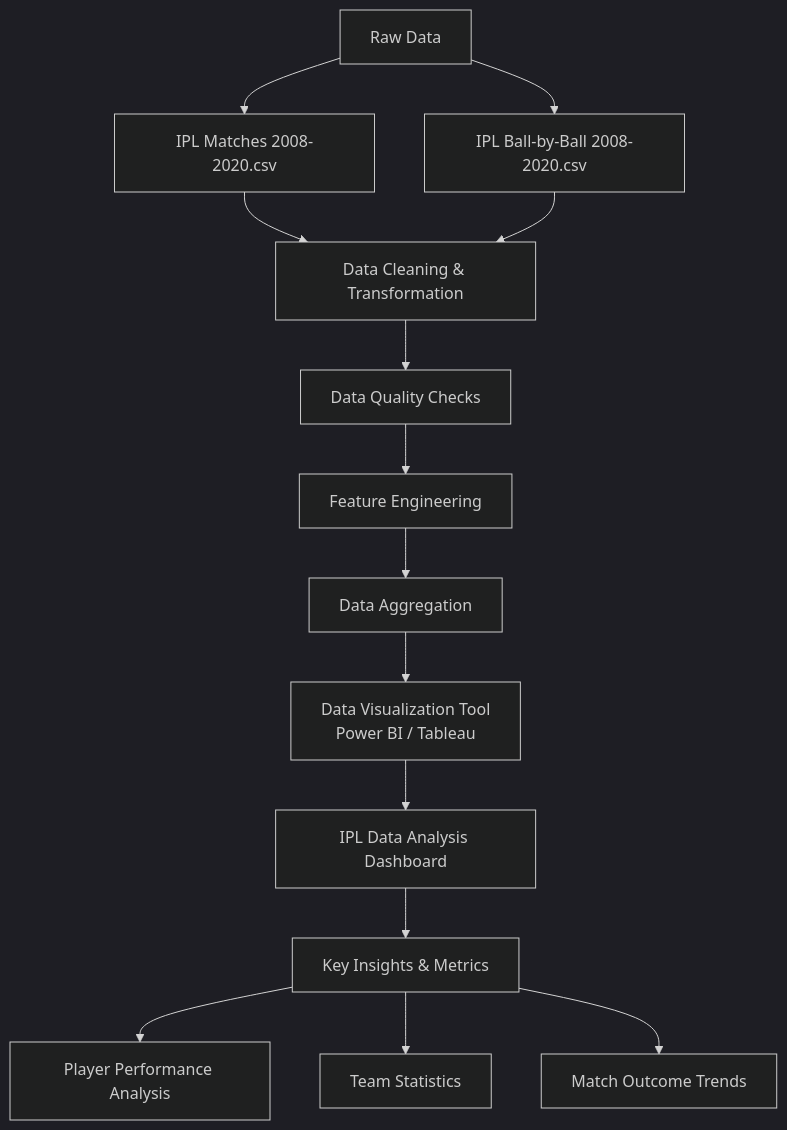
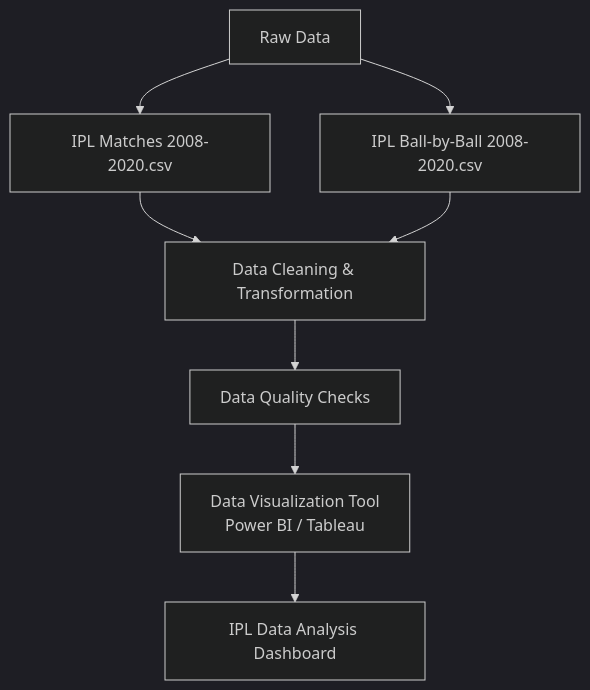
Before and after one commit to rohitpali/IPL-Dashboard: the diagram in README.md, drawn with Mermaid (dark theme).

````diff
--- a/README.md
+++ b/README.md
@@ -40,21 +40,14 @@
 ```mermaid
 flowchart TD
     A[Raw Data] --> B[IPL Matches 2008-2020.csv]
     A --> C[IPL Ball-by-Ball 2008-2020.csv]
     
     B --> D[Data Cleaning & Transformation]
     C --> D
     
     D --> E[Data Quality Checks]
-    E --> F[Feature Engineering]
-    F --> G[Data Aggregation]
+   
+    E --> F[Data Visualization Tool<br/>Power BI / Tableau]
     
-    G --> H[Data Visualization Tool<br/>Power BI / Tableau]
-    
-    H --> I[IPL Data Analysis Dashboard]
-    
-    I --> J[Key Insights & Metrics]
-    J --> K[Player Performance Analysis]
-    J --> L[Team Statistics]
-    J --> M[Match Outcome Trends]
+    F --> G[IPL Data Analysis Dashboard]
 ```
````
